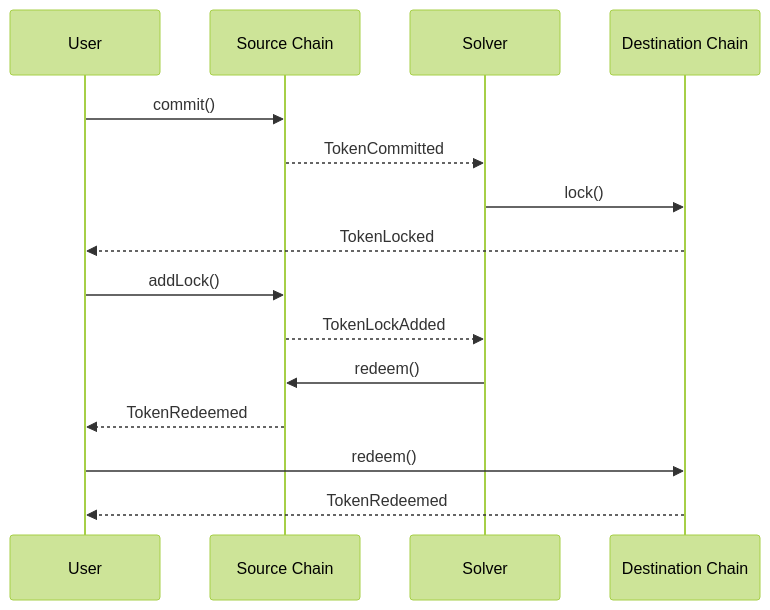
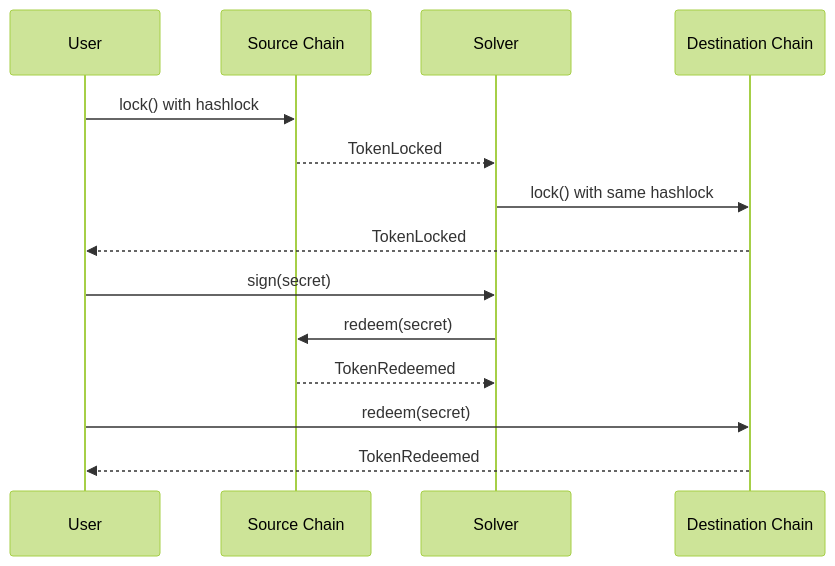
The third of 4 diagrams in protocol-spec/edge-cases.mdx (TrainProtocol/docs), drawn with Mermaid (forest theme) before and after one commit. The commit also changed other lines of this file and 9 other files, not shown here.

````diff
--- a/protocol-spec/edge-cases.mdx
+++ b/protocol-spec/edge-cases.mdx
@@ -69,19 +69,18 @@
 ```mermaid
 sequenceDiagram
-    participant P1 as User
+    participant User
     participant SC as Source Chain
-    participant P2 as Solver
+    participant Solver
     participant DC as Destination Chain
 
 	
-    P1->>SC: commit()
-    SC-->>P2: TokenCommitted
-    P2->>DC: lock()
-    DC-->>P1: TokenLocked
-    P1->>SC: addLock()
-    SC-->>P2: TokenLockAdded
-    P2->>SC: redeem()
-	  SC-->>P1: TokenRedeemed
-    P1->>DC: redeem()
-    DC-->>P1: TokenRedeemed
+    User->>SC: lock() with hashlock
+    SC-->>Solver: TokenLocked
+    Solver->>DC: lock() with same hashlock
+    DC-->>User: TokenLocked
+    User->>Solver: sign(secret)
+    Solver->>SC: redeem(secret)
+    SC-->>Solver: TokenRedeemed
+    User->>DC: redeem(secret)
+    DC-->>User: TokenRedeemed
 ```
````
